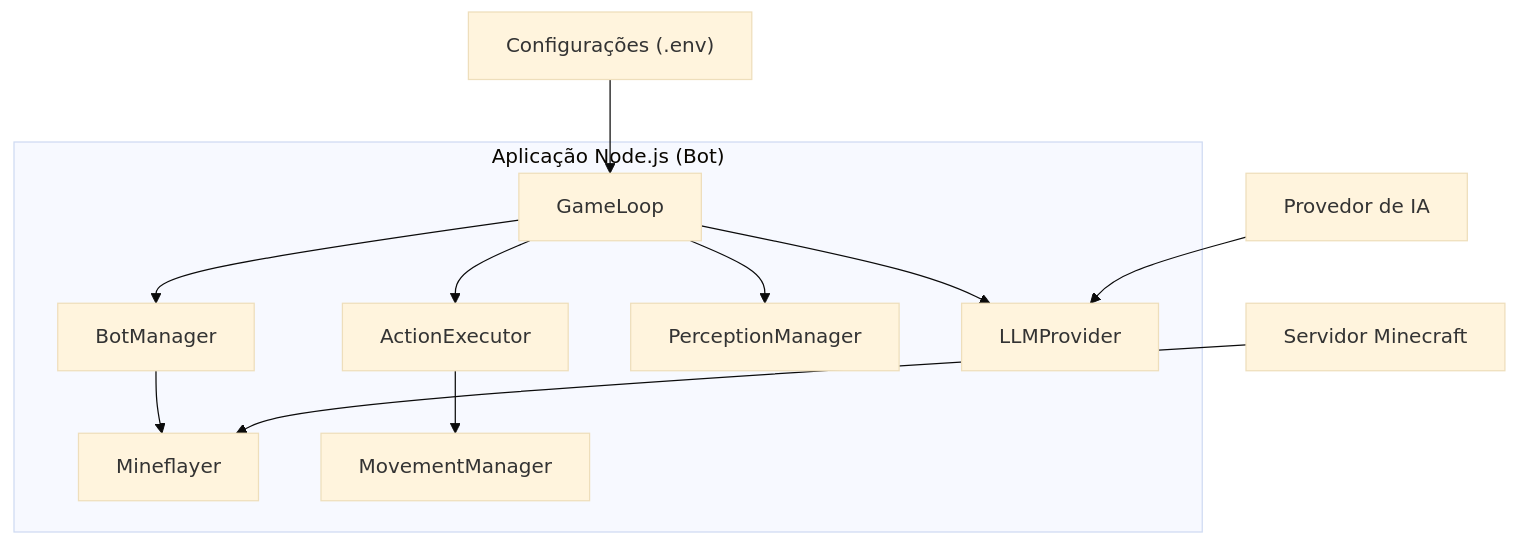
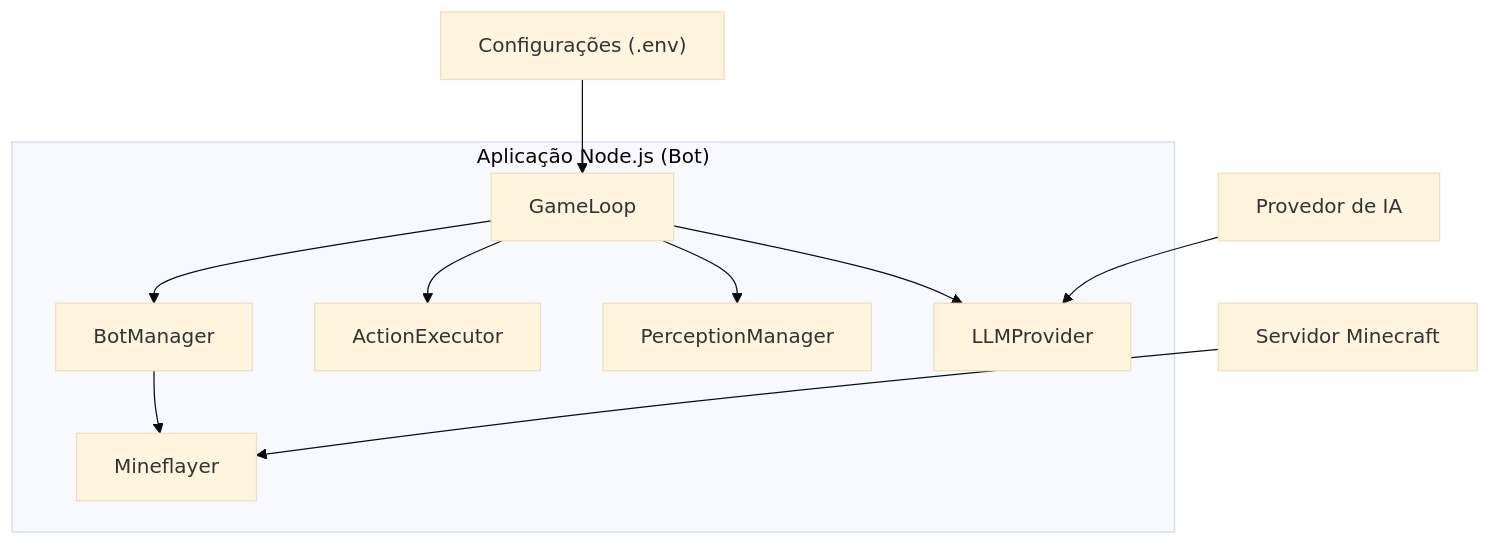
Before and after one commit to jvras58/minecraft-langchain-ts: the second of 4 diagrams in docs/Architecture.md, drawn with Mermaid (base theme). The commit also changed other lines of this file, not shown here.

Commit message:
refatorar: atualizar diagramas de arquitetura para refletir mudanças no ActionExecutor e remover MovementManager

````diff
--- a/docs/Architecture.md
+++ b/docs/Architecture.md
@@ -27,14 +25,13 @@
 ```mermaid
 graph TD
     subgraph "Aplicação Node.js (Bot)"
         F[GameLoop] --> G[BotManager]
         F --> H[ActionExecutor]
         F --> I[PerceptionManager]
         F --> J[LLMProvider]
         G --> K[Mineflayer]
-        H --> L[MovementManager]
     end
     M[Servidor Minecraft] --> K
     N[Provedor de IA] --> J
     O["Configurações (.env)"] --> F
 ```
````
